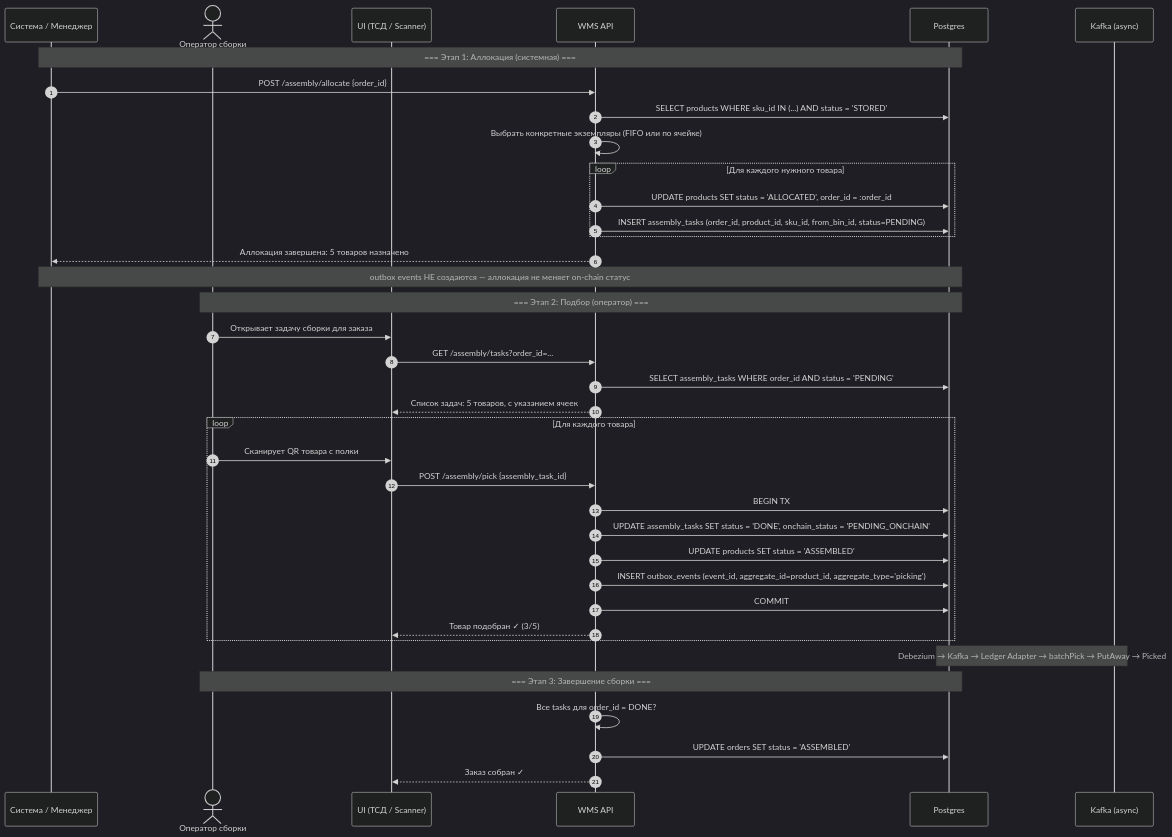
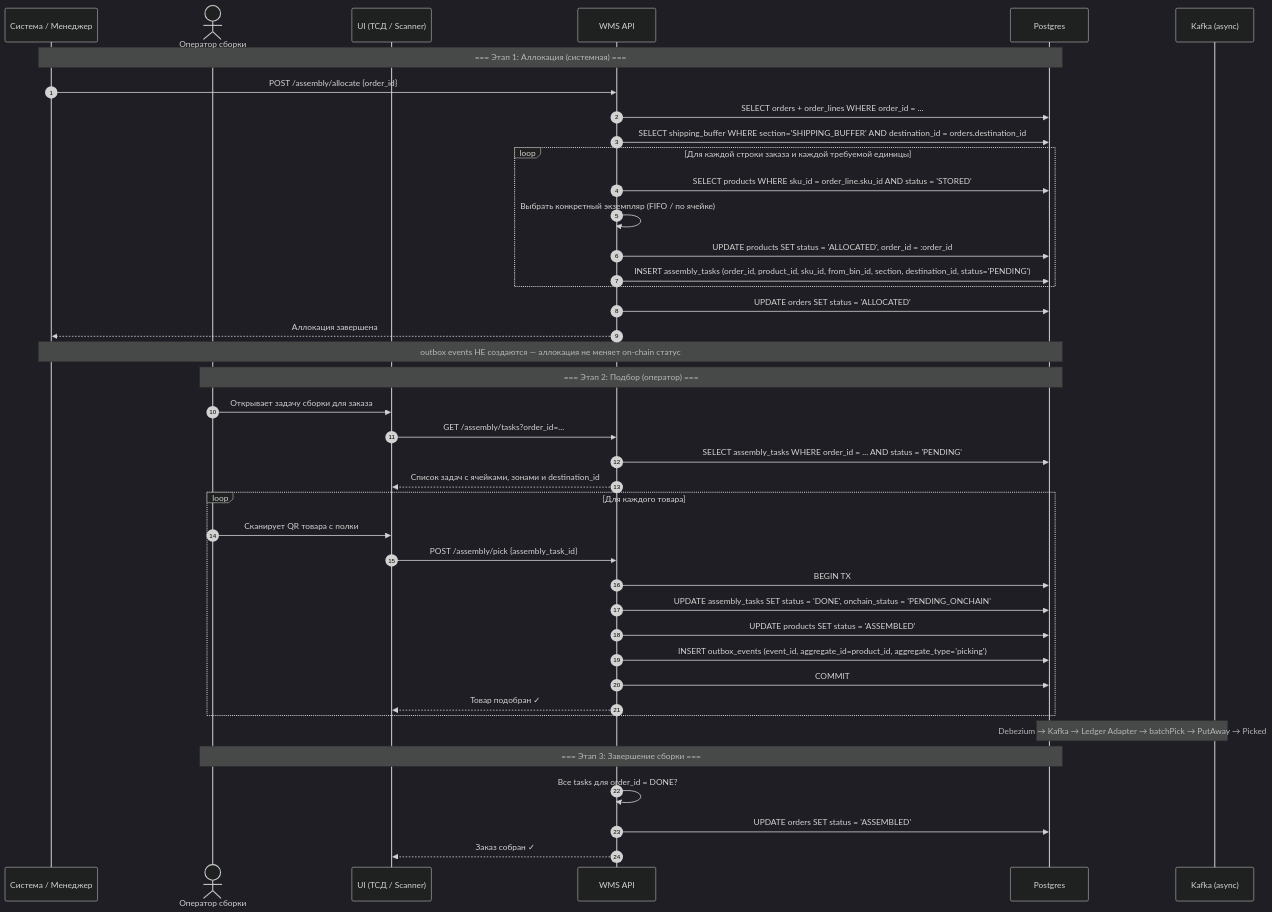
One commit to oglenyaboss/avalanche-wms changed the first of 4 diagrams in docs/flows/assembly-flow.md. Above: the diagram before and after it, drawn with Mermaid (dark theme). The commit also changed other lines of this file and 4 other files, not shown here.

````diff
--- a/docs/flows/assembly-flow.md
+++ b/docs/flows/assembly-flow.md
@@ -11,47 +19,51 @@
 ```mermaid
 sequenceDiagram
     autonumber
     participant SYS as Система / Менеджер
     actor Op as Оператор сборки
     participant UI as UI (ТСД / Scanner)
     participant WMS as WMS API
     participant PG as Postgres
     participant KF as Kafka (async)
 
     Note over SYS,PG: === Этап 1: Аллокация (системная) ===
     SYS->>WMS: POST /assembly/allocate {order_id}
-    WMS->>PG: SELECT products WHERE sku_id IN (...) AND status = 'STORED'
-    WMS->>WMS: Выбрать конкретные экземпляры (FIFO или по ячейке)
+    WMS->>PG: SELECT orders + order_lines WHERE order_id = ...
+    WMS->>PG: SELECT shipping_buffer WHERE section='SHIPPING_BUFFER' AND destination_id = orders.destination_id
 
-    loop Для каждого нужного товара
+    loop Для каждой строки заказа и каждой требуемой единицы
+        WMS->>PG: SELECT products WHERE sku_id = order_line.sku_id AND status = 'STORED'
+        WMS->>WMS: Выбрать конкретный экземпляр (FIFO / по ячейке)
         WMS->>PG: UPDATE products SET status = 'ALLOCATED', order_id = :order_id
-        WMS->>PG: INSERT assembly_tasks (order_id, product_id, sku_id, from_bin_id, status=PENDING)
+        WMS->>PG: INSERT assembly_tasks (order_id, product_id, sku_id, from_bin_id, section, destination_id, status='PENDING')
     end
-    WMS-->>SYS: Аллокация завершена: 5 товаров назначено
+
+    WMS->>PG: UPDATE orders SET status = 'ALLOCATED'
+    WMS-->>SYS: Аллокация завершена
 
     Note over SYS,PG: outbox events НЕ создаются — аллокация не меняет on-chain статус
 
     Note over Op,PG: === Этап 2: Подбор (оператор) ===
     Op->>UI: Открывает задачу сборки для заказа
     UI->>WMS: GET /assembly/tasks?order_id=...
-    WMS->>PG: SELECT assembly_tasks WHERE order_id AND status = 'PENDING'
-    WMS-->>UI: Список задач: 5 товаров, с указанием ячеек
+    WMS->>PG: SELECT assembly_tasks WHERE order_id = ... AND status = 'PENDING'
+    WMS-->>UI: Список задач с ячейками, зонами и destination_id
 
     loop Для каждого товара
         Op->>UI: Сканирует QR товара с полки
         UI->>WMS: POST /assembly/pick {assembly_task_id}
         WMS->>PG: BEGIN TX
         WMS->>PG: UPDATE assembly_tasks SET status = 'DONE', onchain_status = 'PENDING_ONCHAIN'
         WMS->>PG: UPDATE products SET status = 'ASSEMBLED'
         WMS->>PG: INSERT outbox_events (event_id, aggregate_id=product_id, aggregate_type='picking')
         WMS->>PG: COMMIT
-        WMS-->>UI: Товар подобран ✓ (3/5)
+        WMS-->>UI: Товар подобран ✓
     end
 
     Note over PG,KF: Debezium → Kafka → Ledger Adapter → batchPick → PutAway → Picked
 
     Note over Op,PG: === Этап 3: Завершение сборки ===
     WMS->>WMS: Все tasks для order_id = DONE?
     WMS->>PG: UPDATE orders SET status = 'ASSEMBLED'
     WMS-->>UI: Заказ собран ✓
 ```
````
